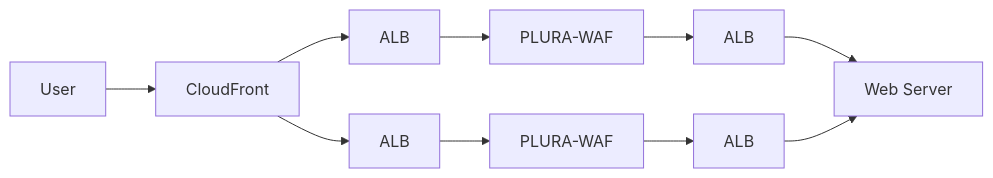
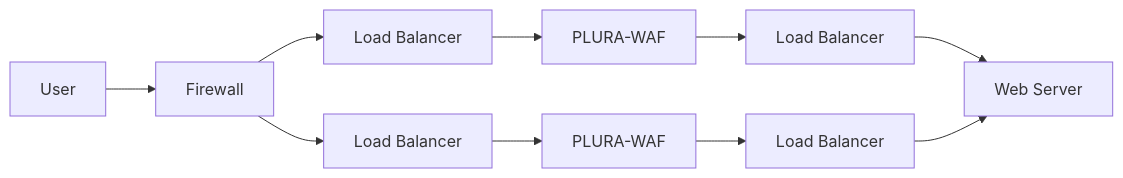
One commit to qubitsec/plura changed the first of 3 diagrams in xdr/ko/diagram/README.md. Above: the diagram before and after it, drawn with Mermaid. The commit also changed other lines of this file, not shown here.

`````diff
--- a/xdr/ko/diagram/README.md
+++ b/xdr/ko/diagram/README.md
@@ -9,15 +9,15 @@
 ```mermaid
 flowchart LR
-    User --> CloudFront
-    CloudFront --> ALB1[ALB]
-    CloudFront --> ALB2[ALB]
+    User --> FW[Firewall]
+    FW --> LB1[Load Balancer]
+    FW --> LB2[Load Balancer]
     
-    ALB1 --> PLURA-WAF1[PLURA-WAF]
-    ALB2 --> PLURA-WAF2[PLURA-WAF]
+    LB1 --> PLURA-WAF1[PLURA-WAF]
+    LB2 --> PLURA-WAF2[PLURA-WAF]
     
-    PLURA-WAF1 --> ALB3[ALB]
-    PLURA-WAF2 --> ALB4[ALB]
+    PLURA-WAF1 --> LB3[Load Balancer]
+    PLURA-WAF2 --> LB4[Load Balancer]
 
-    ALB3 --> WebServer[Web Server]
-    ALB4 --> WebServer[Web Server]
+    LB3 --> WebServer[Web Server]
+    LB4 --> WebServer[Web Server]
 ````
`````
